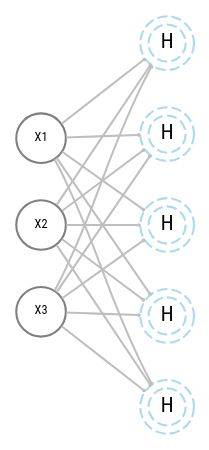
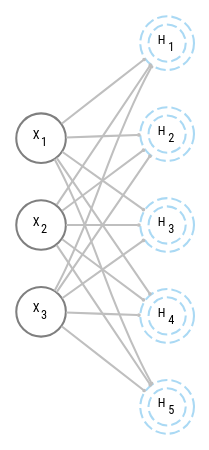
Before and after one commit to m-clark/book-of-models: the diagram in img/nn_first_hidden_layer.dot, drawn with Graphviz. The commit also changed 31 other files, not shown here.

```diff
--- a/img/nn_first_hidden_layer.dot
+++ b/img/nn_first_hidden_layer.dot
@@ -1,22 +1,26 @@
 digraph neural_network {
   bgcolor="transparent"
   rankdir=LR;
   node [shape=circle color=gray50 fontname="Roboto Condensed"];
 
-  X1 [label="X1" fixedsize=True fontsize =6 width=.33];
-  X2 [label="X2" fixedsize=True fontsize =6 width=.33];
-  X3 [label="X3" fixedsize=True fontsize =6 width=.33];
+  X1 [label=<X<sub>1</sub>> fixedsize=True fontsize =6 width=.33];
+  X2 [label=<X<sub>2</sub>> fixedsize=True fontsize =6 width=.33];
+  X3 [label=<X<sub>3</sub>> fixedsize=True fontsize =6 width=.33];
   
   
   X1 -> hidden1, hidden2, hidden3, hidden4,hidden5 [arrowhead="dot" arrowsize=0.1 minlen=1 fontsize=7 color=gray75];
   X2 -> hidden1, hidden2, hidden3, hidden4,hidden5 [arrowhead="dot" arrowsize=0.1 minlen=1 fontsize=7 color=gray75];
   X3 -> hidden1, hidden2, hidden3, hidden4,hidden5 [arrowhead="dot" arrowsize=0.1 minlen=1 fontsize=7 color=gray75];
 
 
-  hidden1 [label=H fixedsize=True fontsize =10 width=.25 color = "#56B4E980" shape=doublecircle style=dashed penwidth=1];
-  hidden2 [label=H fixedsize=True fontsize =10 width=.25 color = "#56B4E980" shape=doublecircle style=dashed penwidth=1];
-  hidden3 [label=H fixedsize=True fontsize =10 width=.25 color = "#56B4E980" shape=doublecircle style=dashed penwidth=1];
-  hidden4 [label=H fixedsize=True fontsize =10 width=.25 color = "#56B4E980" shape=doublecircle style=dashed penwidth=1];
-  hidden5 [label=H fixedsize=True fontsize =10 width=.25 color = "#56B4E980" shape=doublecircle style=dashed penwidth=1];
+  hidden1 [label=<H<sub>2</sub>> fixedsize=True fontsize=6 width=.25 color = "#56B4E980" shape=doublecircle style=dashed penwidth=1];
+  
+  hidden2 [label=<H<sub>3</sub>> fixedsize=True fontsize=6 width=.25 color = "#56B4E980" shape=doublecircle style=dashed penwidth=1];
+
+  hidden3 [label=<H<sub>4</sub>> fixedsize=True fontsize=6 width=.25 color = "#56B4E980" shape=doublecircle style=dashed penwidth=1];
+
+  hidden4 [label=<H<sub>5</sub>> fixedsize=True fontsize=6 width=.25 color = "#56B4E980" shape=doublecircle style=dashed penwidth=1];
+  
+  hidden5 [label=<H<sub>1</sub>> fixedsize=True fontsize=6 width=.25 color = "#56B4E980" shape=doublecircle style=dashed penwidth=1];
     
 }
```
